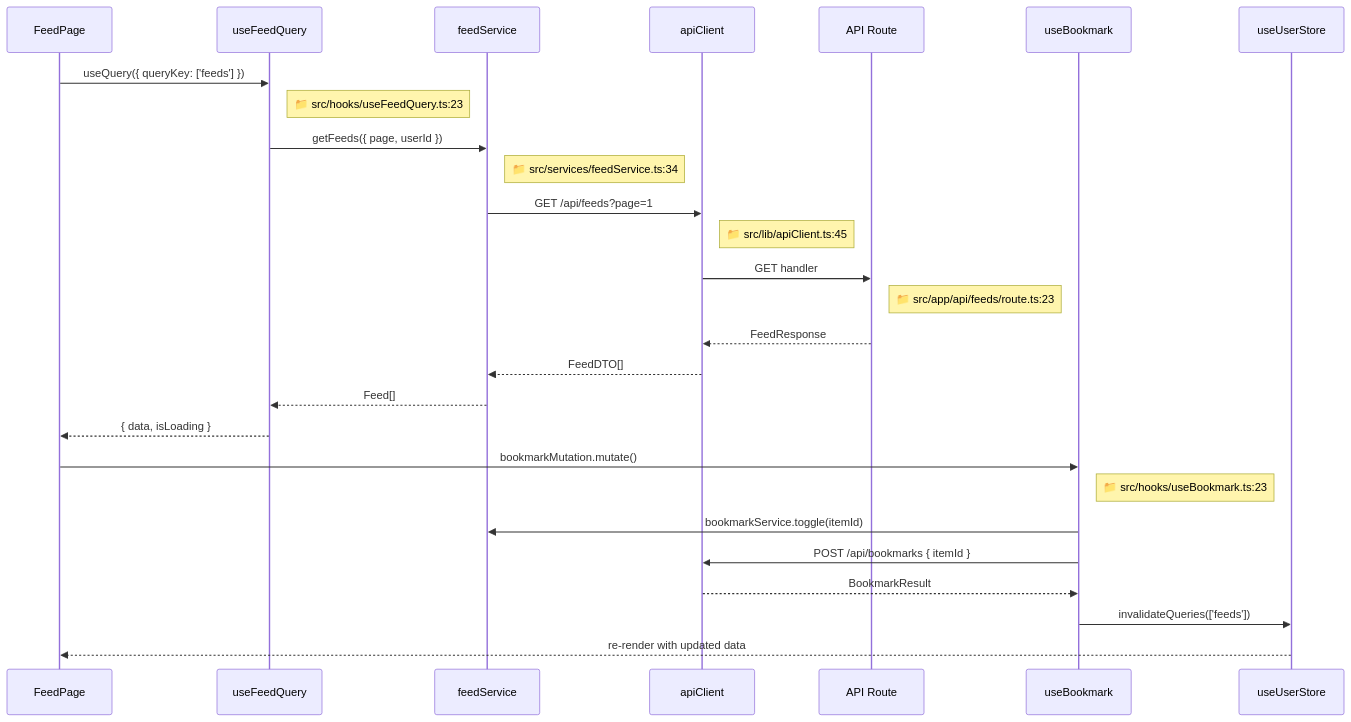
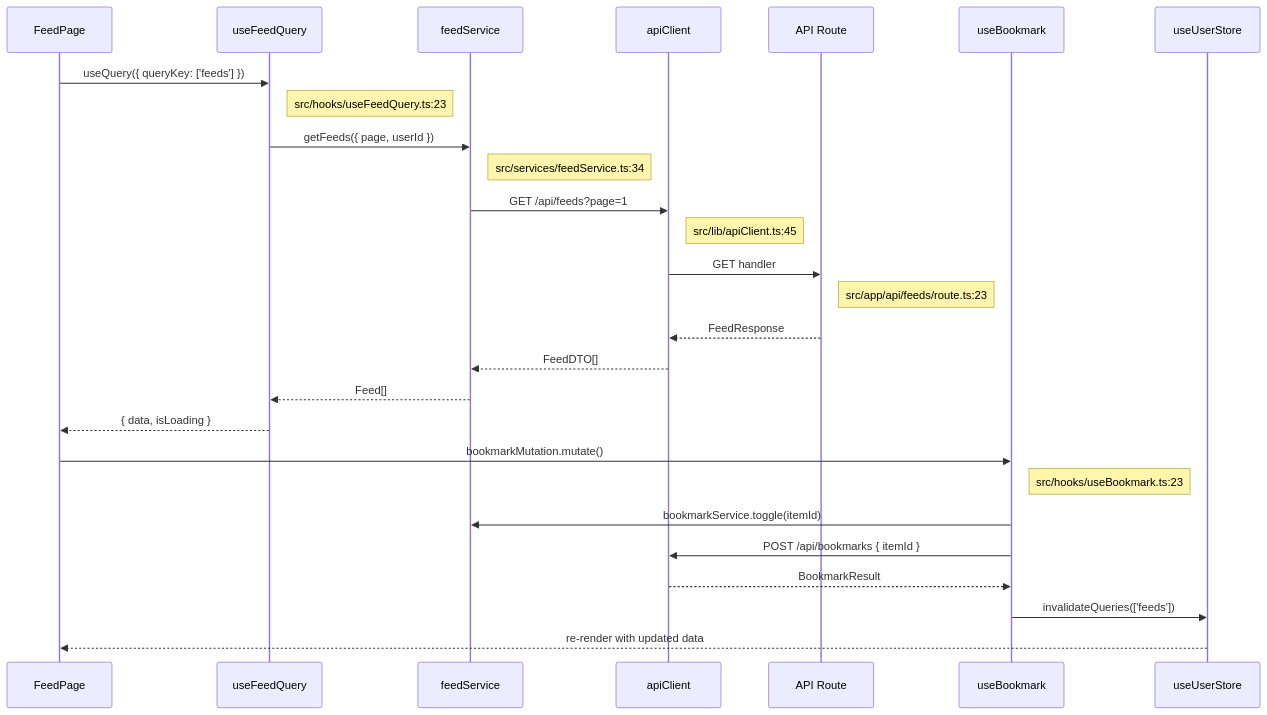
Before and after one commit to CaostGrace/project-arch-reverse: the fourth of 5 diagrams in references/react-template.md, drawn with Mermaid. The commit also changed other lines of this file and 10 other files, not shown here.

Commit message:
fix: 修复 12.1 流程图 Mermaid 渲染问题 - 结构重组+节点引号+形状修复

````diff
--- a/references/react-template.md
+++ b/references/react-template.md
@@ -314,31 +327,31 @@
 ```mermaid
 sequenceDiagram
     participant Page as FeedPage
     participant Query as useFeedQuery
     participant Service as feedService
     participant API as apiClient
     participant Backend as API Route
     participant Bookmark as useBookmark
     participant Store as useUserStore
 
     Page->>Query: useQuery({ queryKey: ['feeds'] })
-    Note right of Query: 📁 src/hooks/useFeedQuery.ts:23
+    Note right of Query:  src/hooks/useFeedQuery.ts:23
     Query->>Service: getFeeds({ page, userId })
-    Note right of Service: 📁 src/services/feedService.ts:34
+    Note right of Service:  src/services/feedService.ts:34
     Service->>API: GET /api/feeds?page=1
-    Note right of API: 📁 src/lib/apiClient.ts:45
+    Note right of API:  src/lib/apiClient.ts:45
     API->>Backend: GET handler
-    Note right of Backend: 📁 src/app/api/feeds/route.ts:23
+    Note right of Backend:  src/app/api/feeds/route.ts:23
     Backend-->>API: FeedResponse
     API-->>Service: FeedDTO[]
     Service-->>Query: Feed[]
     Query-->>Page: { data, isLoading }
 
     Page->>Bookmark: bookmarkMutation.mutate()
-    Note right of Bookmark: 📁 src/hooks/useBookmark.ts:23
+    Note right of Bookmark:  src/hooks/useBookmark.ts:23
     Bookmark->>Service: bookmarkService.toggle(itemId)
     Bookmark->>API: POST /api/bookmarks { itemId }
     API-->>Bookmark: BookmarkResult
     Bookmark->>Store: invalidateQueries(['feeds'])
     Store-->>Page: re-render with updated data
 ```
````
